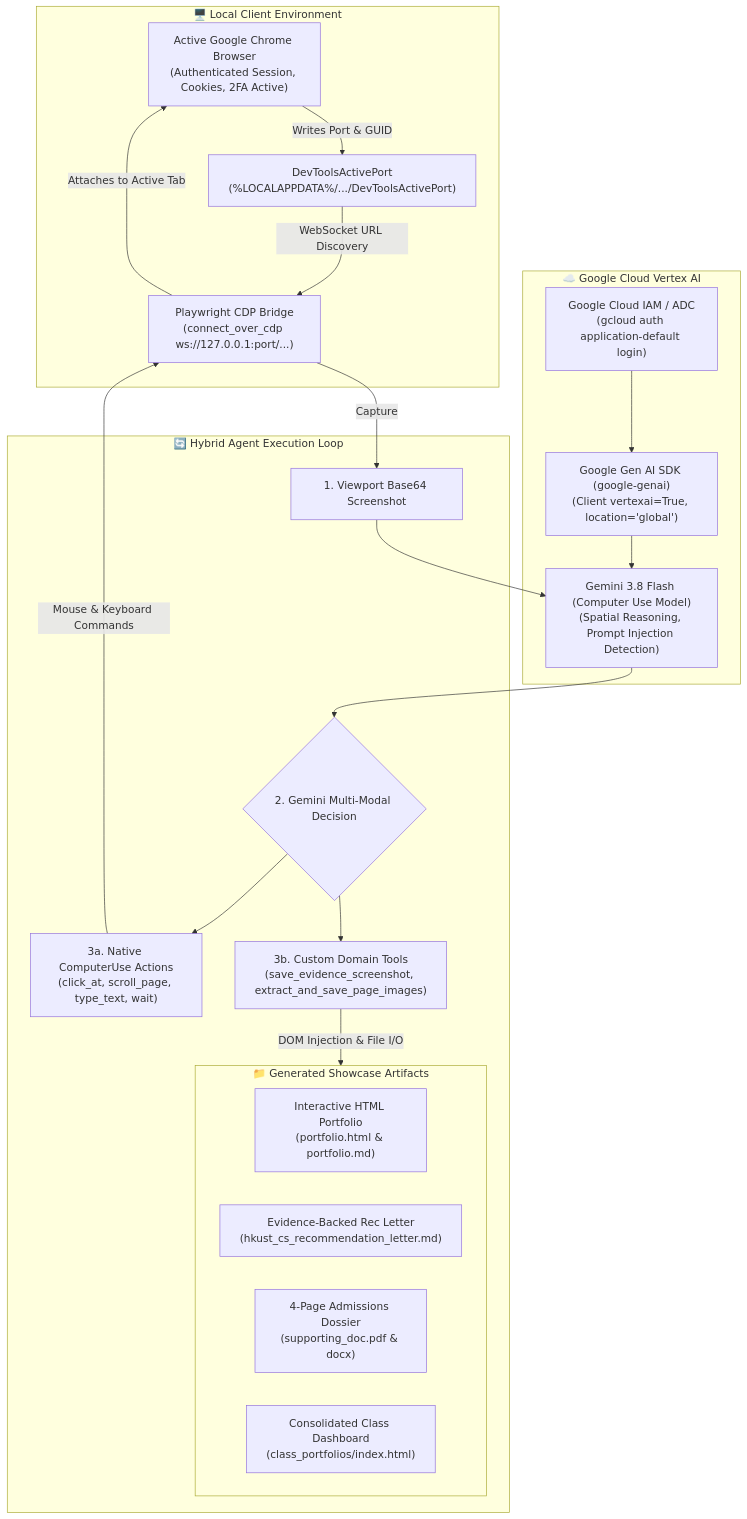
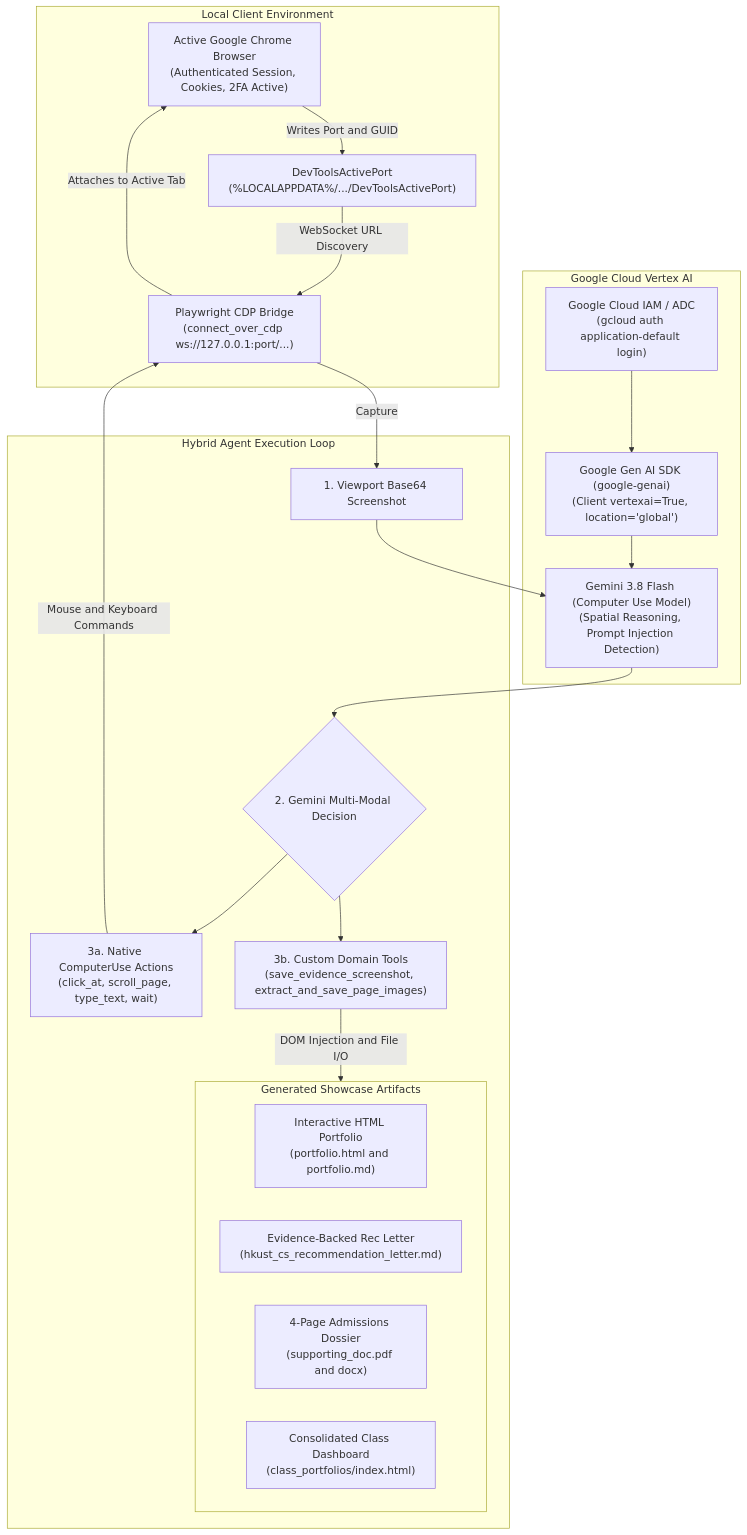
Before and after one commit to wongcyrus/gemini-computer-use-linkedin-autofolio: the first of 6 diagrams in DEVTO_BLOG_POST.md, drawn with Mermaid. The commit also changed other lines of this file, not shown here.

Commit message:
fix(mermaid): quote edge labels with parentheses and sanitize node syntax for GitHub and dev.to compatibility

````diff
--- a/DEVTO_BLOG_POST.md
+++ b/DEVTO_BLOG_POST.md
@@ -45,36 +45,36 @@
 ```mermaid
 flowchart TD
-    subgraph BrowserEnvironment["🖥️ Local Client Environment"]
+    subgraph BrowserEnvironment["Local Client Environment"]
         A["Active Google Chrome Browser\n(Authenticated Session, Cookies, 2FA Active)"]
         DT["DevToolsActivePort\n(%LOCALAPPDATA%/.../DevToolsActivePort)"]
         PW["Playwright CDP Bridge\n(connect_over_cdp ws://127.0.0.1:port/...)"]
-        A -->|Writes Port & GUID| DT
-        DT -->|WebSocket URL Discovery| PW
-        PW -->|Attaches to Active Tab| A
+        A -->|"Writes Port and GUID"| DT
+        DT -->|"WebSocket URL Discovery"| PW
+        PW -->|"Attaches to Active Tab"| A
     end
 
-    subgraph GoogleCloud["☁️ Google Cloud Vertex AI"]
+    subgraph GoogleCloud["Google Cloud Vertex AI"]
         ADC["Google Cloud IAM / ADC\n(gcloud auth application-default login)"]
         SDK["Google Gen AI SDK (google-genai)\n(Client vertexai=True, location='global')"]
         MODEL["Gemini 3.8 Flash (Computer Use Model)\n(Spatial Reasoning, Prompt Injection Detection)"]
         ADC --> SDK --> MODEL
     end
 
-    subgraph AgentLoop["🔄 Hybrid Agent Execution Loop"]
+    subgraph AgentLoop["Hybrid Agent Execution Loop"]
         SCREEN["1. Viewport Base64 Screenshot"]
         DECISION{"2. Gemini Multi-Modal Decision"}
         NATIVE["3a. Native ComputerUse Actions\n(click_at, scroll_page, type_text, wait)"]
         CUSTOM["3b. Custom Domain Tools\n(save_evidence_screenshot, extract_and_save_page_images)"]
         
-        PW -->|Capture| SCREEN --> MODEL --> DECISION
-        DECISION --> NATIVE -->|Mouse & Keyboard Commands| PW
-        DECISION --> CUSTOM -->|DOM Injection & File I/O| ARTIFACTS
+        PW -->|"Capture"| SCREEN --> MODEL --> DECISION
+        DECISION --> NATIVE -->|"Mouse and Keyboard Commands"| PW
+        DECISION --> CUSTOM -->|"DOM Injection and File I/O"| ARTIFACTS
     end
 
-    subgraph ARTIFACTS["📁 Generated Showcase Artifacts"]
-        ART1["Interactive HTML Portfolio\n(portfolio.html & portfolio.md)"]
+    subgraph ARTIFACTS["Generated Showcase Artifacts"]
+        ART1["Interactive HTML Portfolio\n(portfolio.html and portfolio.md)"]
         ART2["Evidence-Backed Rec Letter\n(hkust_cs_recommendation_letter.md)"]
-        ART3["4-Page Admissions Dossier\n(supporting_doc.pdf & docx)"]
+        ART3["4-Page Admissions Dossier\n(supporting_doc.pdf and docx)"]
         ART4["Consolidated Class Dashboard\n(class_portfolios/index.html)"]
     end
 ```
````
